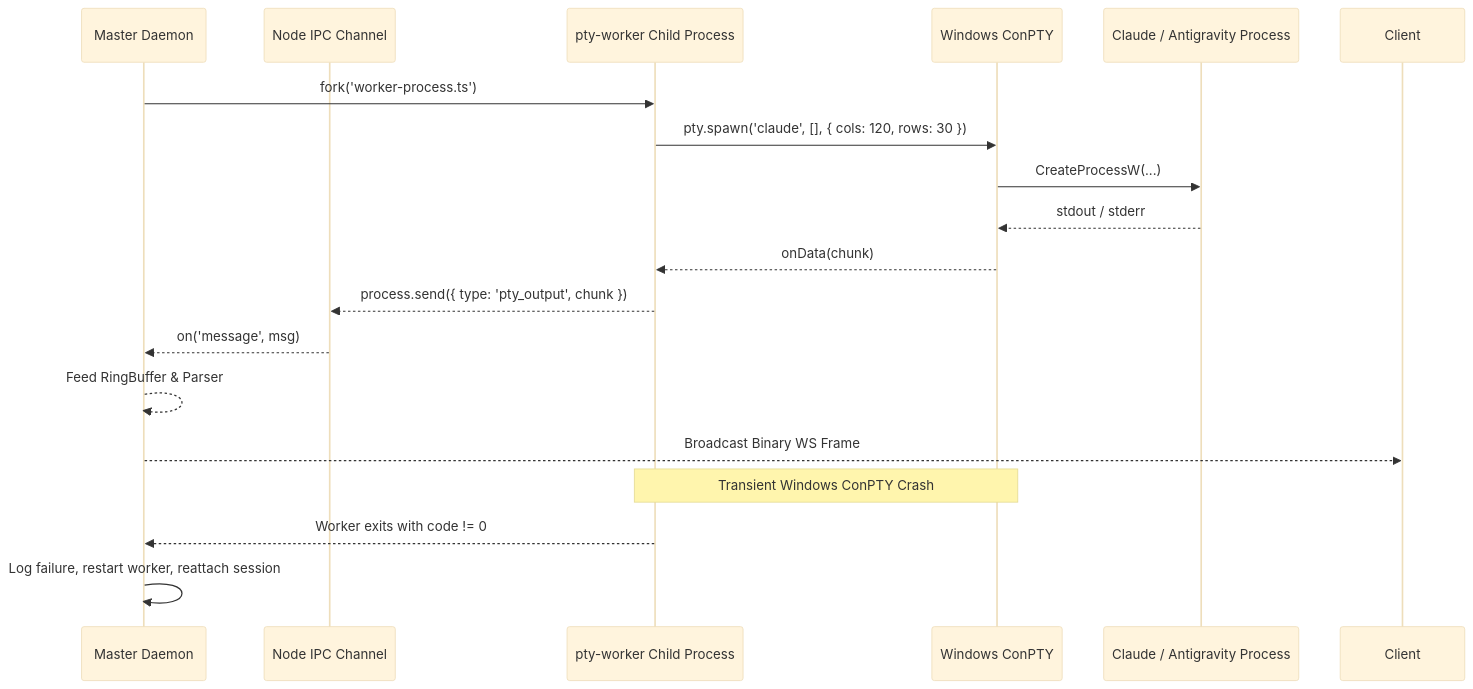
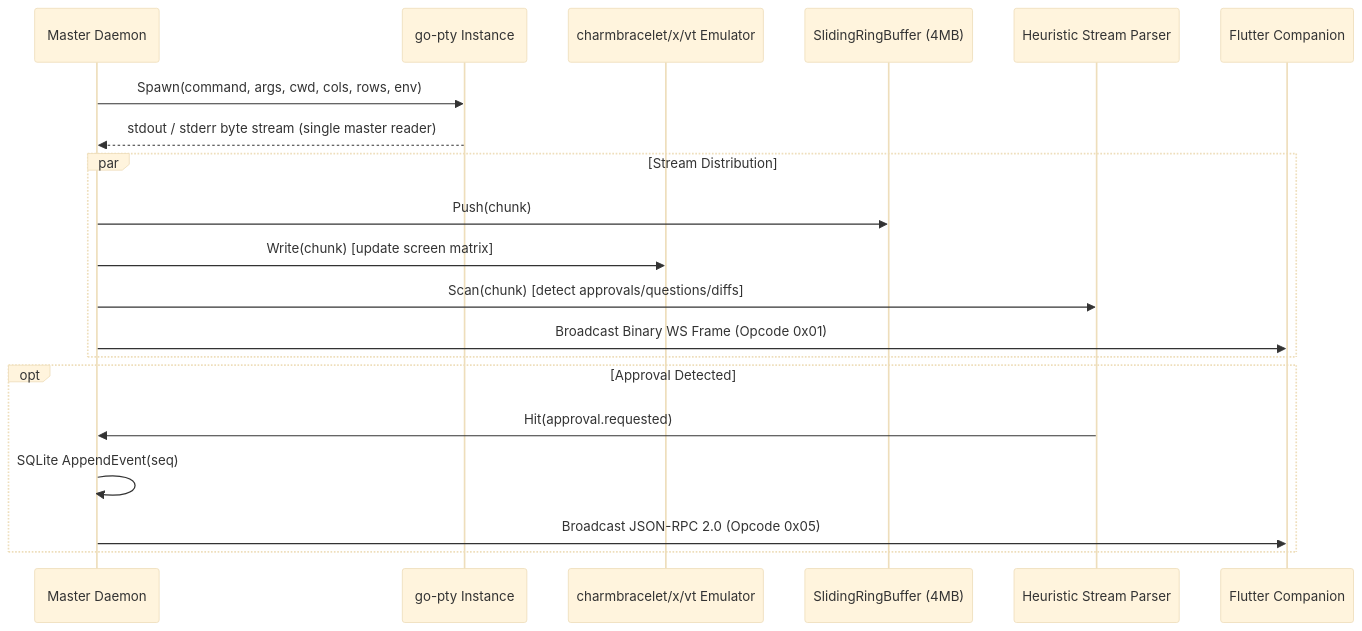
One commit to morewebs/OpenRemote changed the second of 3 diagrams in docs/spec/02_CORE_DAEMON_SPEC.md. Above: the diagram before and after it, drawn with Mermaid (base theme). The commit also changed other lines of this file and 12 other files, not shown here.

````diff
--- a/docs/spec/02_CORE_DAEMON_SPEC.md
+++ b/docs/spec/02_CORE_DAEMON_SPEC.md
@@ -22,23 +68,25 @@
 ```mermaid
 sequenceDiagram
     participant Daemon as Master Daemon
-    participant IPC as Node IPC Channel
-    participant Worker as pty-worker Child Process
-    participant ConPTY as Windows ConPTY
-    participant Agent as Claude / Antigravity Process
+    participant PTY as go-pty Instance
+    participant VT as charmbracelet/x/vt Emulator
+    participant Ring as SlidingRingBuffer (4MB)
+    participant Parser as Heuristic Stream Parser
+    participant Client as Flutter Companion
 
-    Daemon->>Worker: fork('worker-process.ts')
-    Worker->>ConPTY: pty.spawn('claude', [], { cols: 120, rows: 30 })
-    ConPTY->>Agent: CreateProcessW(...)
+    Daemon->>PTY: Spawn(command, args, cwd, cols, rows, env)
+    PTY-->>Daemon: stdout / stderr byte stream (single master reader)
     
-    Agent-->>ConPTY: stdout / stderr
-    ConPTY-->>Worker: onData(chunk)
-    Worker-->>IPC: process.send({ type: 'pty_output', chunk })
-    IPC-->>Daemon: on('message', msg)
-    Daemon-->>Daemon: Feed RingBuffer & Parser
-    Daemon-->>Client: Broadcast Binary WS Frame
+    par Stream Distribution
+        Daemon->>Ring: Push(chunk)
+        Daemon->>VT: Write(chunk) [update screen matrix]
+        Daemon->>Parser: Scan(chunk) [detect approvals/questions/diffs]
+        Daemon->>Client: Broadcast Binary WS Frame (Opcode 0x01)
+    end
 
-    Note over Worker,ConPTY: Transient Windows ConPTY Crash
-    Worker-->>Daemon: Worker exits with code != 0
-    Daemon->>Daemon: Log failure, restart worker, reattach session
+    opt Approval Detected
+        Parser->>Daemon: Hit(approval.requested)
+        Daemon->>Daemon: SQLite AppendEvent(seq)
+        Daemon->>Client: Broadcast JSON-RPC 2.0 (Opcode 0x05)
+    end
 ```
````
